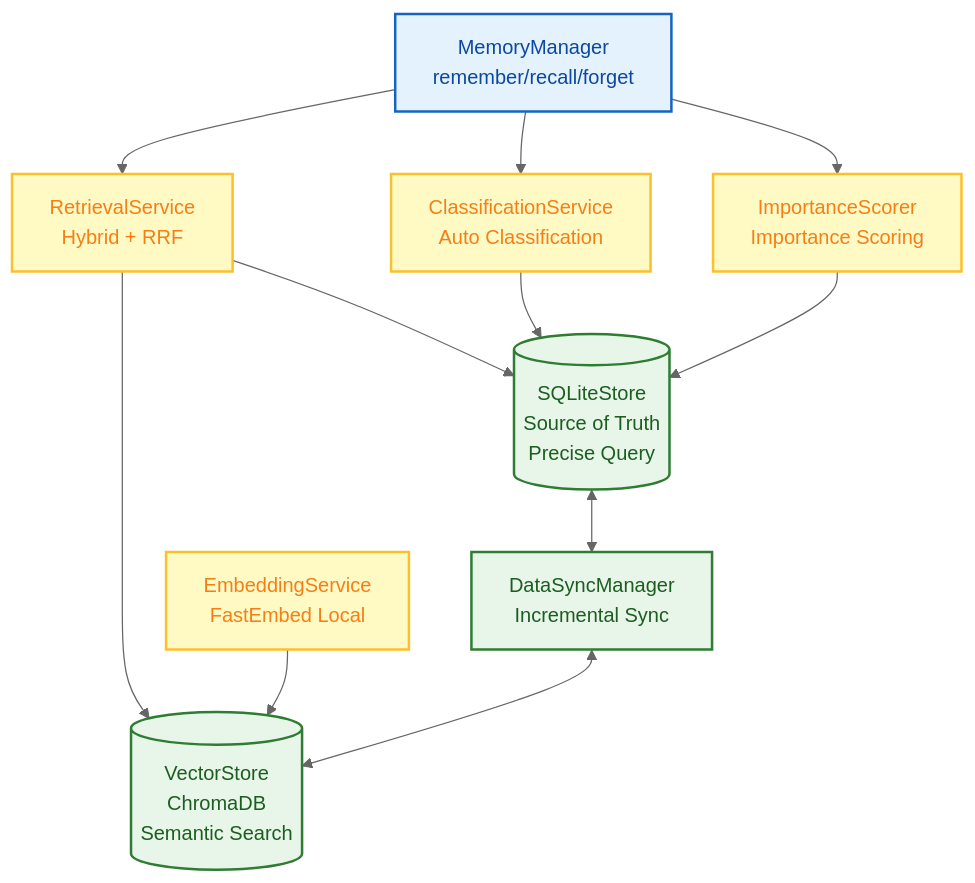
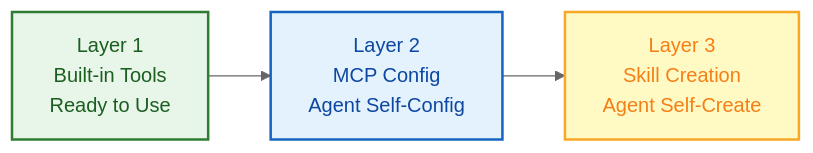
One commit to zhangjingyuan177-hue/FinchBot changed the fourth of 15 diagrams in docs/en-US/blog/finchbot-flexible-ai-agent-framework.md. Above: the diagram before and after it, drawn with Mermaid (neutral theme). The commit also changed other lines of this file and 4 other files, not shown here.

````diff
--- a/docs/en-US/blog/finchbot-flexible-ai-agent-framework.md
+++ b/docs/en-US/blog/finchbot-flexible-ai-agent-framework.md
@@ -328,25 +201,8 @@
 ```mermaid
-flowchart TB
-    classDef businessLayer fill:#e3f2fd,stroke:#1565c0,stroke-width:2px,color:#0d47a1;
-    classDef serviceLayer fill:#fff9c4,stroke:#fbc02d,stroke-width:2px,color:#f57f17;
-    classDef storageLayer fill:#e8f5e9,stroke:#2e7d32,stroke-width:2px,color:#1b5e20;
+flowchart LR
+    classDef layer1 fill:#e8f5e9,stroke:#2e7d32,stroke-width:2px,color:#1b5e20;
+    classDef layer2 fill:#e3f2fd,stroke:#1565c0,stroke-width:2px,color:#0d47a1;
+    classDef layer3 fill:#fff9c4,stroke:#f9a825,stroke-width:2px,color:#f57f17;
 
-    MM[MemoryManager<br/>remember/recall/forget]:::businessLayer
-
-    RS[RetrievalService<br/>Hybrid + RRF]:::serviceLayer
-    CS[ClassificationService<br/>Auto Classification]:::serviceLayer
-    IS[ImportanceScorer<br/>Importance Scoring]:::serviceLayer
-    ES[EmbeddingService<br/>FastEmbed Local]:::serviceLayer
-
-    SQLite[(SQLiteStore<br/>Source of Truth<br/>Precise Query)]:::storageLayer
-    Vector[(VectorStore<br/>ChromaDB<br/>Semantic Search)]:::storageLayer
-    DS[DataSyncManager<br/>Incremental Sync]:::storageLayer
-
-    MM --> RS & CS & IS
-    RS --> SQLite & Vector
-    CS --> SQLite
-    IS --> SQLite
-    ES --> Vector
-
-    SQLite <--> DS <--> Vector
+    L1[Layer 1<br/>Built-in Tools<br/>Ready to Use]:::layer1 --> L2[Layer 2<br/>MCP Config<br/>Agent Self-Config]:::layer2 --> L3[Layer 3<br/>Skill Creation<br/>Agent Self-Create]:::layer3
 ```
````
